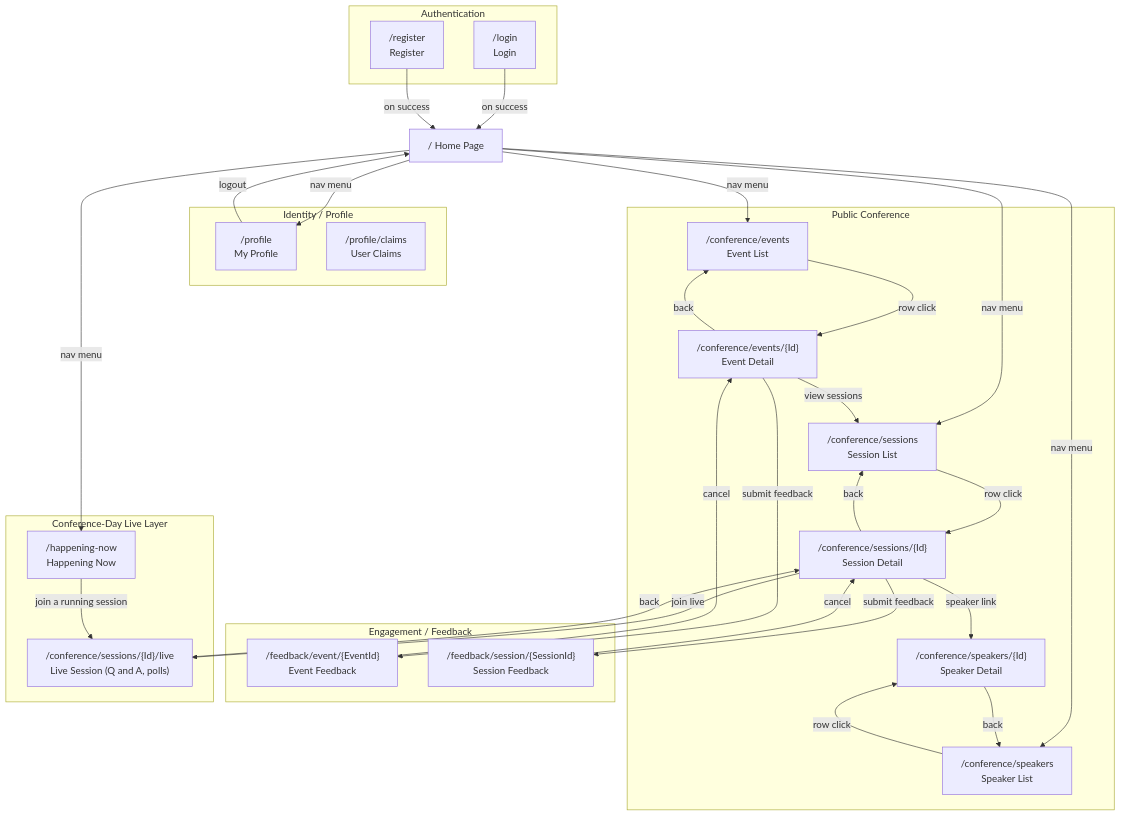
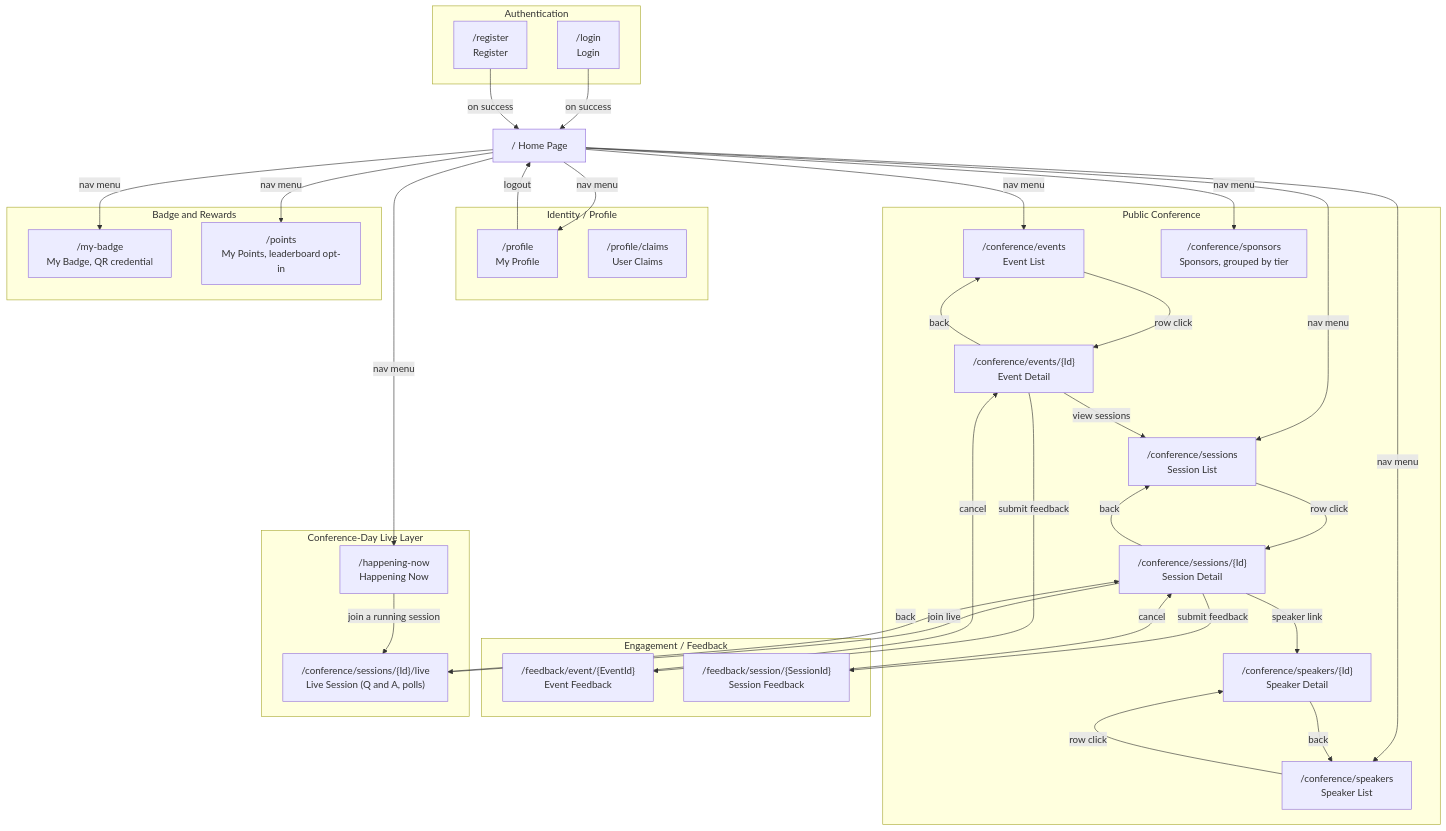
The second of 11 diagrams in docs-src/guides/adc-NavigationFlow.md (ivanball/ivanball.github.io), drawn with Mermaid before and after one commit. The commit also changed other lines of this file and 87 other files, not shown here.

First line of the commit message:
docs: ADR-071/072 plus ADC sponsors, check-in and points specs (#97)

````diff
--- a/docs-src/guides/adc-NavigationFlow.md
+++ b/docs-src/guides/adc-NavigationFlow.md
@@ -67,63 +69,72 @@
 ```mermaid
 flowchart TD
     subgraph Auth["Authentication"]
         Login["/login<br/>Login"]
         Register["/register<br/>Register"]
     end
 
     subgraph Profile["Identity / Profile"]
         MyProfile["/profile<br/>My Profile"]
         Claims["/profile/claims<br/>User Claims"]
     end
 
     subgraph Public["Public Conference"]
         PubEvents["/conference/events<br/>Event List"]
         PubEventDetail["/conference/events/{Id}<br/>Event Detail"]
         PubSessions["/conference/sessions<br/>Session List"]
         PubSessionDetail["/conference/sessions/{Id}<br/>Session Detail"]
         PubSpeakers["/conference/speakers<br/>Speaker List"]
         PubSpeakerDetail["/conference/speakers/{Id}<br/>Speaker Detail"]
+        PubSponsors["/conference/sponsors<br/>Sponsors, grouped by tier"]
     end
 
     subgraph Engagement["Engagement / Feedback"]
         EventFeedback["/feedback/event/{EventId}<br/>Event Feedback"]
         SessionFeedback["/feedback/session/{SessionId}<br/>Session Feedback"]
     end
 
     subgraph Live["Conference-Day Live Layer"]
         HappeningNow["/happening-now<br/>Happening Now"]
         SessionLive["/conference/sessions/{Id}/live<br/>Live Session (Q and A, polls)"]
     end
 
+    subgraph Badge["Badge and Rewards"]
+        MyBadge["/my-badge<br/>My Badge, QR credential"]
+        MyPoints["/points<br/>My Points, leaderboard opt-in"]
+    end
+
     Home["/  Home Page"]
 
     Home -->|nav menu| PubEvents
     Home -->|nav menu| PubSessions
     Home -->|nav menu| PubSpeakers
+    Home -->|nav menu| PubSponsors
     Home -->|nav menu| MyProfile
     Home -->|nav menu| HappeningNow
+    Home -->|nav menu| MyBadge
+    Home -->|nav menu| MyPoints
 
     HappeningNow -->|join a running session| SessionLive
     PubSessionDetail -->|join live| SessionLive
     SessionLive -->|back| PubSessionDetail
 
     Login -->|on success| Home
     Register -->|on success| Home
     MyProfile -->|logout| Home
 
     PubEvents -->|row click| PubEventDetail
     PubEventDetail -->|back| PubEvents
     PubEventDetail -->|view sessions| PubSessions
     PubEventDetail -->|submit feedback| EventFeedback
 
     PubSessions -->|row click| PubSessionDetail
     PubSessionDetail -->|back| PubSessions
     PubSessionDetail -->|speaker link| PubSpeakerDetail
     PubSessionDetail -->|submit feedback| SessionFeedback
 
     PubSpeakers -->|row click| PubSpeakerDetail
     PubSpeakerDetail -->|back| PubSpeakers
 
     EventFeedback -->|cancel| PubEventDetail
     SessionFeedback -->|cancel| PubSessionDetail
 ```
````
